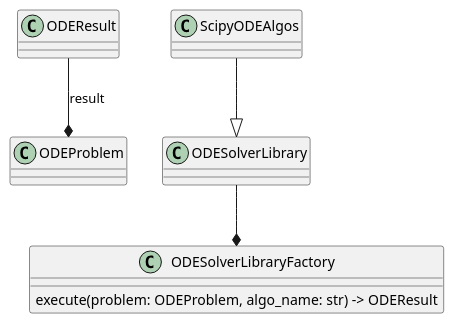
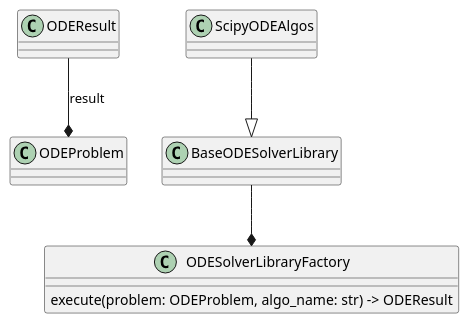
One commit to gemseo/gemseo changed the second of 3 diagrams in doc_src/ode.rst. Above: the diagram before and after it, drawn with PlantUML. The commit also changed other lines of this file and 85 other files, not shown here.

```diff
--- a/doc_src/ode.rst
+++ b/doc_src/ode.rst
@@ -95,18 +95,18 @@
 .. uml::
 
     @startuml
     set namespaceSeparator none
     class "ODEProblem" as gemseo.algos.ode.ode_problem.ODEProblem {}
     class "ODEResult" as gemseo.algos.ode.ode_result.ODEResult {}
-    class "ODESolverLibrary" as gemseo.algos.ode.ode_solver_lib.ODESolverLibrary {
+    class "BaseODESolverLibrary" as gemseo.algos.ode.base_ode_solver_lib.BaseODESolverLibrary {
     }
-    class "ODESolverLibraryFactory" as gemseo.algos.ode.ode_solvers_factory.ODESolverLibraryFactory {
+    class "ODESolverLibraryFactory" as gemseo.algos.ode.factory.ODESolverLibraryFactory {
       execute(problem: ODEProblem, algo_name: str) -> ODEResult
     }
     class "ScipyODEAlgos" as gemseo.algos.ode.lib_scipy_ode.ScipyODEAlgos {
 
     }
-    gemseo.algos.ode.lib_scipy_ode.ScipyODEAlgos --|> gemseo.algos.ode.ode_solver_lib.ODESolverLibrary
+    gemseo.algos.ode.lib_scipy_ode.ScipyODEAlgos --|> gemseo.algos.ode.base_ode_solver_lib.BaseODESolverLibrary
     gemseo.algos.ode.ode_result.ODEResult --* gemseo.algos.ode.ode_problem.ODEProblem : result
-    gemseo.algos.ode.ode_solver_lib.ODESolverLibrary --* gemseo.algos.ode.ode_solvers_factory.ODESolverLibraryFactory
+    gemseo.algos.ode.base_ode_solver_lib.BaseODESolverLibrary --* gemseo.algos.ode.factory.ODESolverLibraryFactory
     @enduml
```
